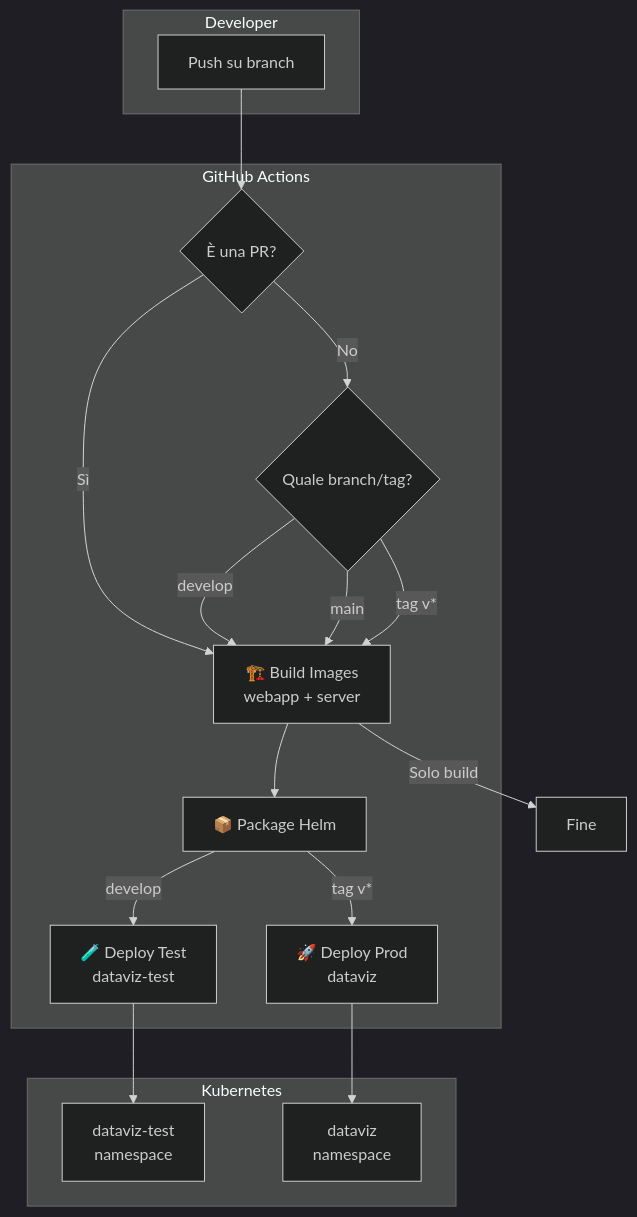
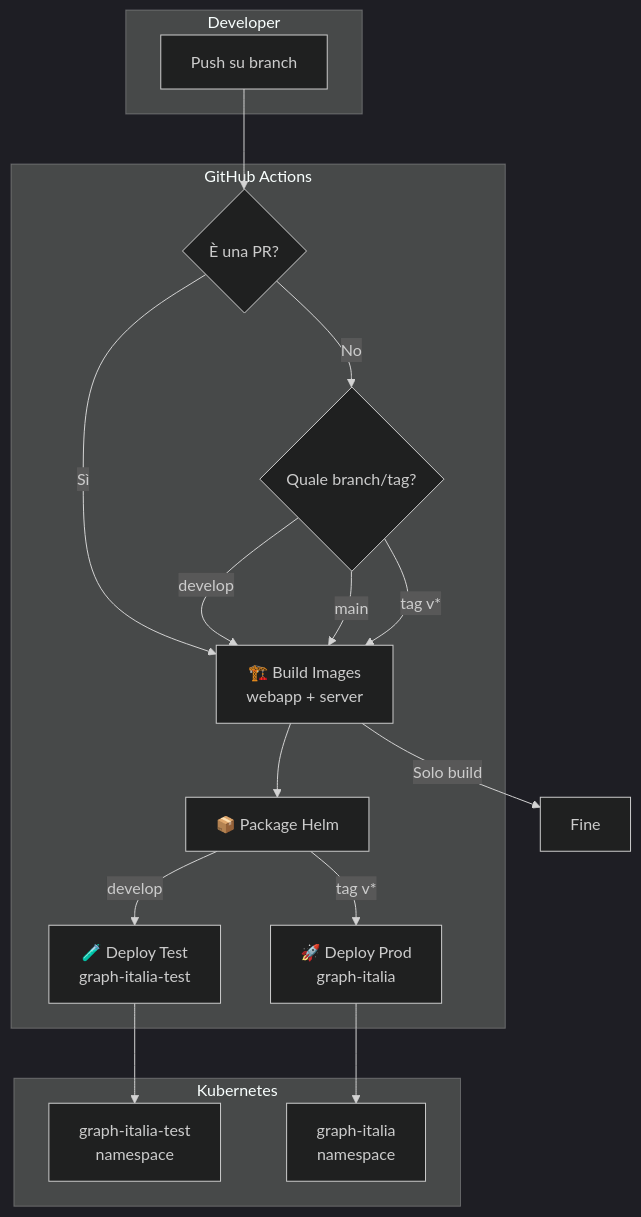
The tenth of 15 diagrams in README.md (italia/graph-italia), drawn with Mermaid (dark theme) before and after one commit. The commit also changed other lines of this file and 99 other files, not shown here.

First line of the commit message:
refactor: rebrand dataviz → graph-italia (graph.italia.it)

````diff
--- a/README.md
+++ b/README.md
@@ -840,39 +840,39 @@
 ```mermaid
 flowchart TB
     subgraph "Developer"
         Dev[Push su branch]
     end
 
     subgraph "GitHub Actions"
         PR{È una PR?}
         Branch{Quale branch/tag?}
 
         Build[🏗️ Build Images<br/>webapp + server]
         Helm[📦 Package Helm]
 
-        DeployTest[🧪 Deploy Test<br/>dataviz-test]
-        DeployProd[🚀 Deploy Prod<br/>dataviz]
+        DeployTest[🧪 Deploy Test<br/>graph-italia-test]
+        DeployProd[🚀 Deploy Prod<br/>graph-italia]
     end
 
     subgraph "Kubernetes"
-        Test[dataviz-test<br/>namespace]
-        Prod[dataviz<br/>namespace]
+        Test[graph-italia-test<br/>namespace]
+        Prod[graph-italia<br/>namespace]
     end
 
     Dev --> PR
     PR -->|Sì| Build
     Build -->|Solo build| End[Fine]
 
     PR -->|No| Branch
     Branch -->|develop| Build
     Branch -->|main| Build
     Branch -->|tag v*| Build
 
     Build --> Helm
 
     Helm -->|develop| DeployTest
     Helm -->|tag v*| DeployProd
 
     DeployTest --> Test
     DeployProd --> Prod
 ```
````
